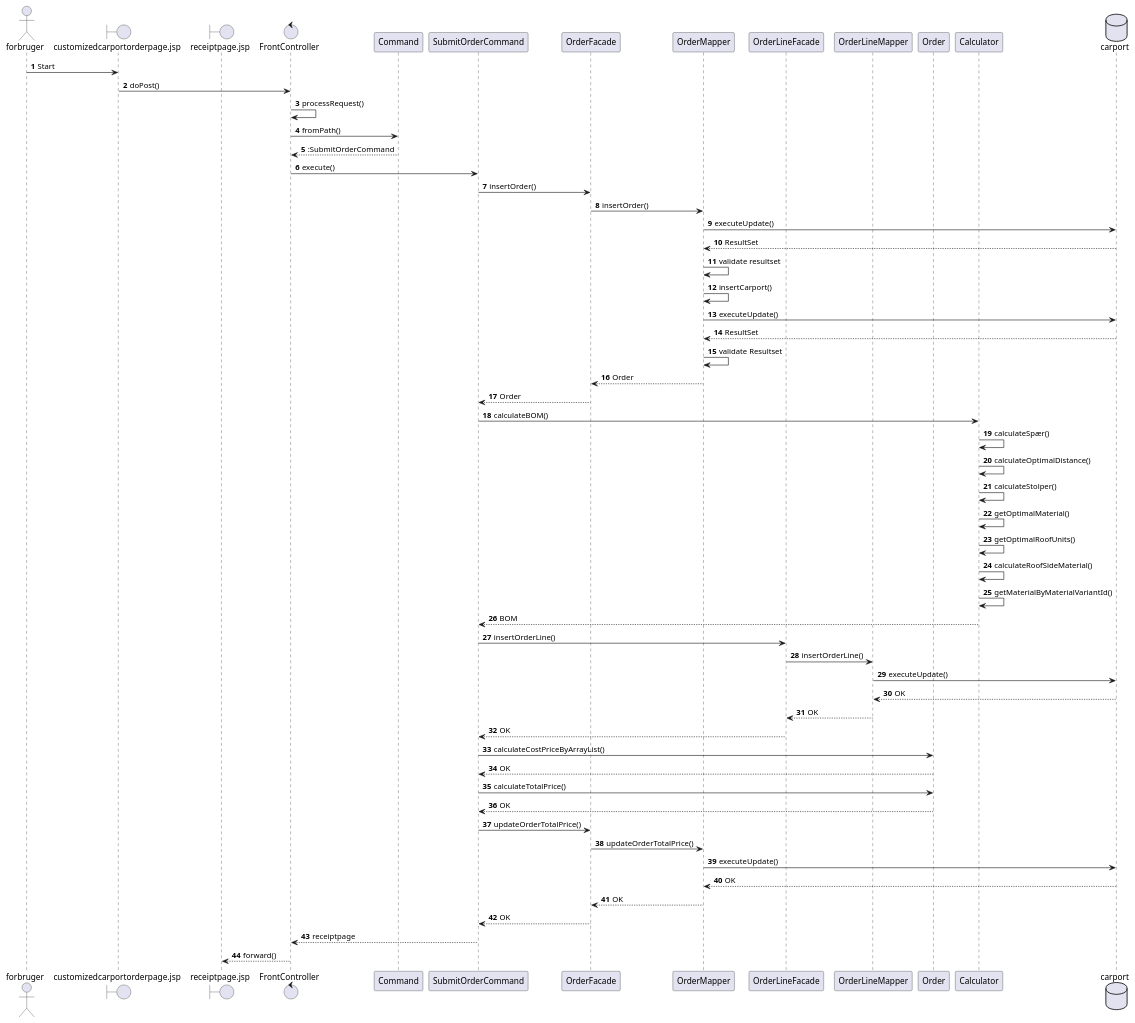
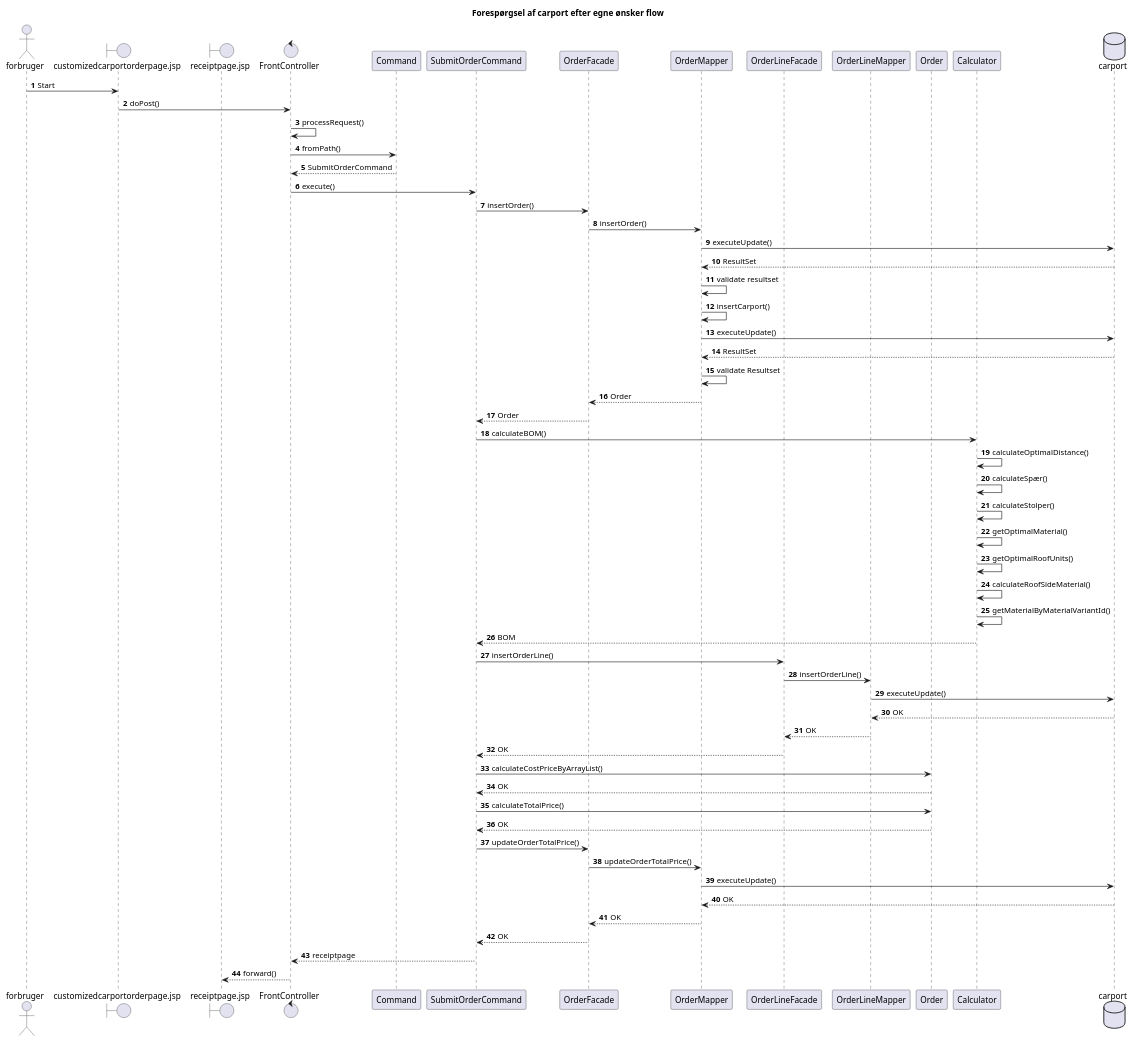
The diagram in src/UML/Sekvens_Buy_Custom.puml (mdjac/sem2-fog-carport), drawn with PlantUML before and after one commit. The commit also changed 6 other files, not shown here.

Commit message:
modified sequence diagram, and modified button when ordering custom carports name

```diff
--- a/src/UML/Sekvens_Buy_Custom.puml
+++ b/src/UML/Sekvens_Buy_Custom.puml
@@ -1,69 +1,69 @@
 @startuml
 'https://plantuml.com/sequence-diagram
 
 autonumber
-
+title Forespørgsel af carport efter egne ønsker flow
 actor forbruger
 boundary customizedcarportorderpage.jsp
 boundary receiptpage.jsp
 control FrontController
 participant Command
 participant SubmitOrderCommand
 participant OrderFacade
 participant OrderMapper
 participant OrderLineFacade
 participant OrderLineMapper
 participant Order
 participant Calculator
 database carport
 
 
 
 forbruger -> customizedcarportorderpage.jsp: Start
 customizedcarportorderpage.jsp -> FrontController: doPost()
 FrontController -> FrontController: processRequest()
 FrontController -> Command: fromPath()
-Command --> FrontController: :SubmitOrderCommand
+Command --> FrontController: SubmitOrderCommand
 FrontController -> SubmitOrderCommand: execute()
 SubmitOrderCommand -> OrderFacade: insertOrder()
 OrderFacade -> OrderMapper: insertOrder()
 OrderMapper -> carport: executeUpdate()
 carport --> OrderMapper: ResultSet
 OrderMapper -> OrderMapper: validate resultset
 OrderMapper -> OrderMapper: insertCarport()
 OrderMapper -> carport: executeUpdate()
 carport --> OrderMapper: ResultSet
 OrderMapper -> OrderMapper: validate Resultset
 OrderMapper --> OrderFacade: Order
 OrderFacade --> SubmitOrderCommand: Order
 SubmitOrderCommand -> Calculator: calculateBOM()
+Calculator -> Calculator: calculateOptimalDistance()
 Calculator -> Calculator: calculateSpær()
-Calculator -> Calculator: calculateOptimalDistance()
 Calculator -> Calculator: calculateStolper()
 Calculator -> Calculator: getOptimalMaterial()
 Calculator -> Calculator: getOptimalRoofUnits()
 Calculator -> Calculator: calculateRoofSideMaterial()
 Calculator -> Calculator: getMaterialByMaterialVariantId()
 Calculator --> SubmitOrderCommand: BOM
 SubmitOrderCommand -> OrderLineFacade: insertOrderLine()
 OrderLineFacade -> OrderLineMapper: insertOrderLine()
 OrderLineMapper -> carport: executeUpdate()
 carport --> OrderLineMapper: OK
 OrderLineMapper --> OrderLineFacade: OK
 OrderLineFacade --> SubmitOrderCommand: OK
 SubmitOrderCommand -> Order: calculateCostPriceByArrayList()
 Order --> SubmitOrderCommand: OK
 SubmitOrderCommand -> Order: calculateTotalPrice()
 Order --> SubmitOrderCommand: OK
 SubmitOrderCommand -> OrderFacade: updateOrderTotalPrice()
 OrderFacade -> OrderMapper: updateOrderTotalPrice()
 OrderMapper -> carport: executeUpdate()
 carport --> OrderMapper: OK
 OrderMapper --> OrderFacade: OK
 OrderFacade --> SubmitOrderCommand: OK
 SubmitOrderCommand --> FrontController: receiptpage
 FrontController --> receiptpage.jsp: forward()
 
 
 
 @enduml
```
